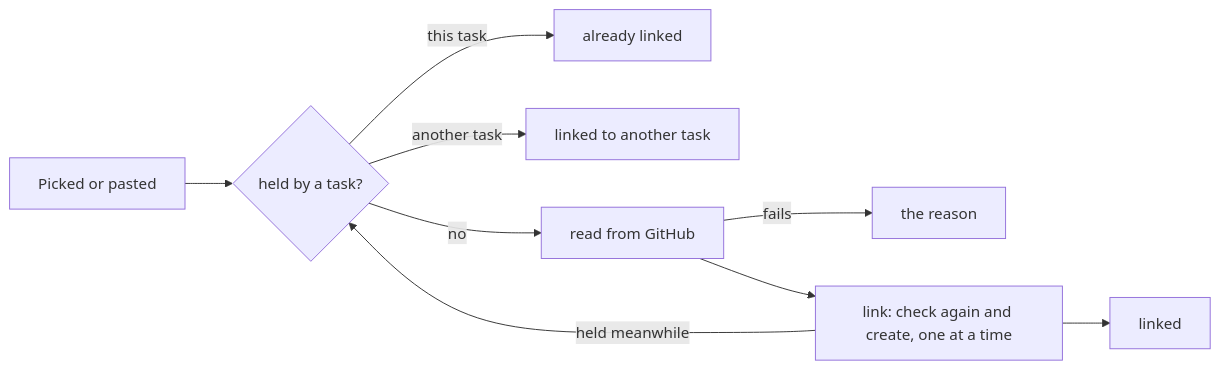
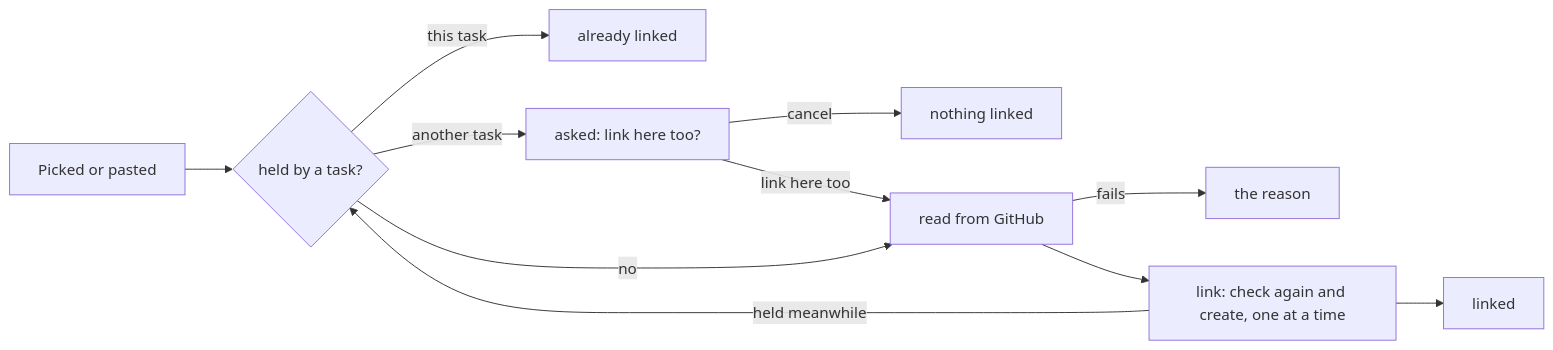
One commit to matthiasn/lotti changed the second of 3 diagrams in knowledge/features/github.md. Above: the diagram before and after it, drawn with Mermaid. The commit also changed other lines of this file and 1 other file, not shown here.

Commit message:
docs(github): document pull requests serving more than one task

````diff
--- a/knowledge/features/github.md
+++ b/knowledge/features/github.md
@@ -256,11 +263,13 @@
 ```mermaid
 flowchart LR
   Pick["Picked or pasted"] --> Held{"held by a task?"}
   Held -->|"this task"| Already["already linked"]
-  Held -->|"another task"| Elsewhere["linked to another task"]
-  Held -->|"no"| Read["read from GitHub"]
+  Held -->|"another task"| Ask["asked: link here too?"]
+  Ask -->|"cancel"| Kept["nothing linked"]
+  Ask -->|"link here too"| Read["read from GitHub"]
+  Held -->|"no"| Read
   Read -->|"fails"| Why["the reason"]
   Read --> Link["link: check again and create, one at a time"]
   Link -->|"held meanwhile"| Held
   Link --> Linked["linked"]
 ```
````
